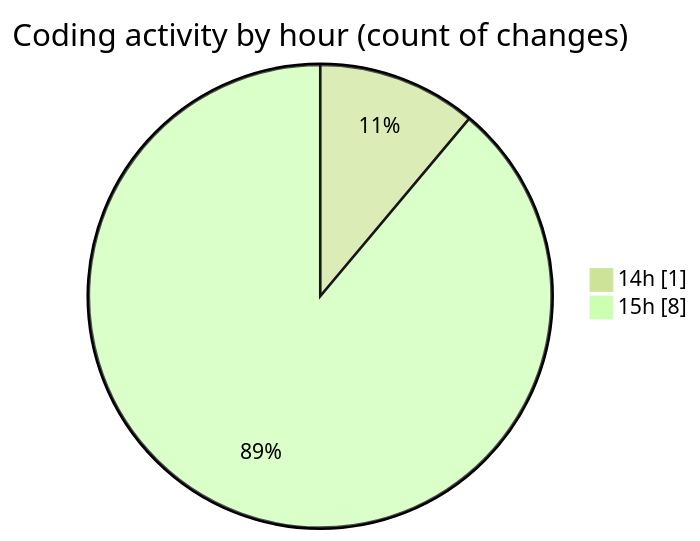
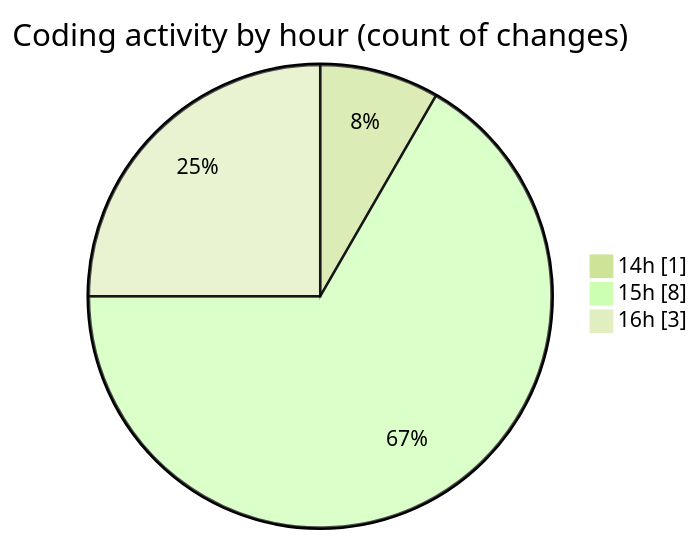
Before and after one commit to vahidmafi/code-tracking: the second of 2 diagrams in 2025-06-07/www/README.md, drawn with Mermaid (forest theme). The commit also changed other lines of this file and 1 other file, not shown here.

````diff
--- a/2025-06-07/www/README.md
+++ b/2025-06-07/www/README.md
@@ -29,6 +29,7 @@
 ```mermaid
 pie showData
 title Coding activity by hour (count of changes)
 "14h" : 1
 "15h" : 8
+"16h" : 3
 ```
````
